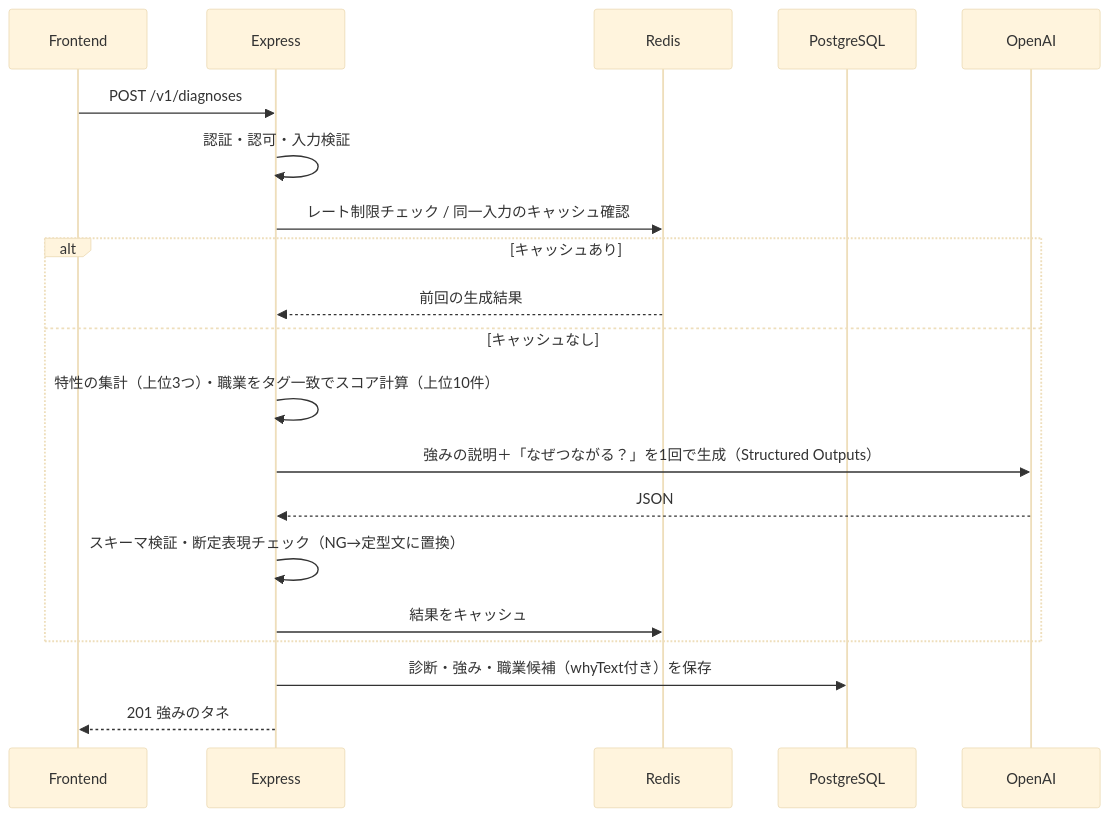
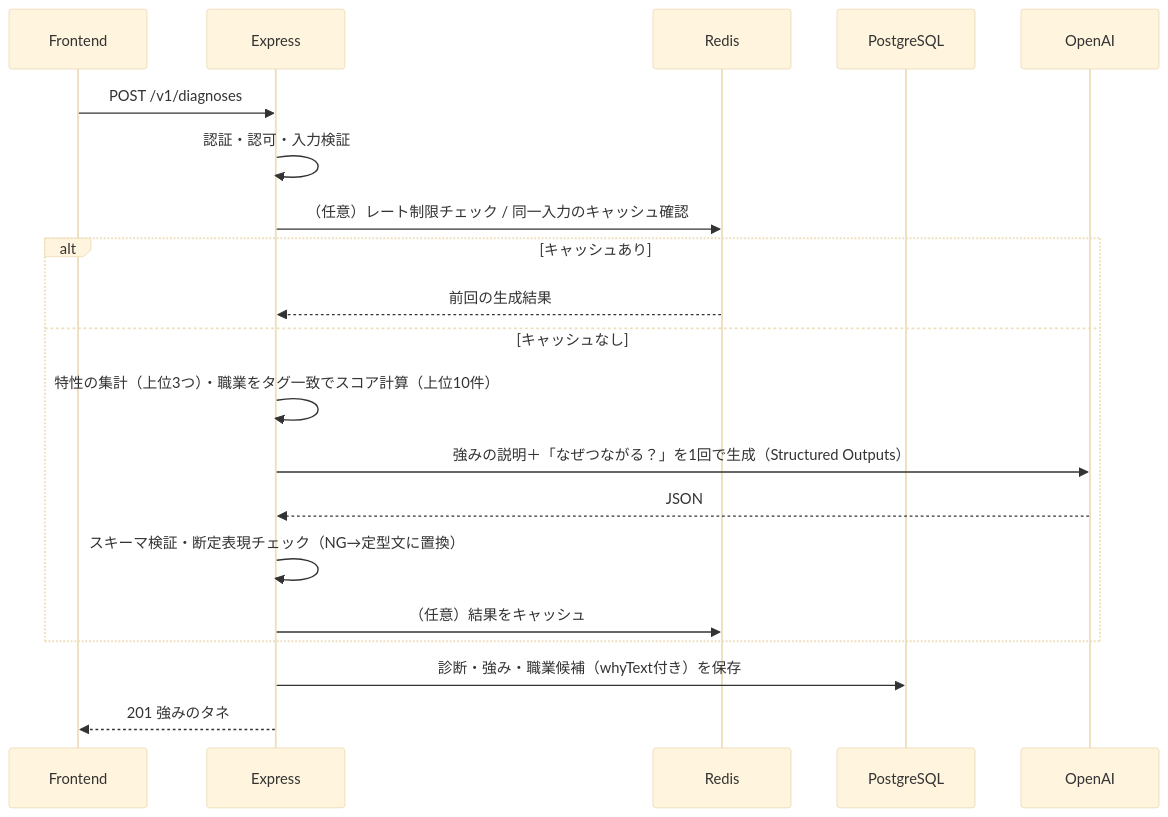
Before and after one commit to AkikoFujikawa/shigoto-mikke: the diagram in docs/plan/API設計.md, drawn with Mermaid (base theme). The commit also changed other lines of this file and 1 other file, not shown here.

Commit message:
docs: Redisの診断キャッシュ・レート制限を任意と明記し、履歴の表現を修正
Refs #14

````diff
--- a/docs/plan/API設計.md
+++ b/docs/plan/API設計.md
@@ -225,22 +225,22 @@
 ```mermaid
 sequenceDiagram
   participant F as Frontend
   participant A as Express
   participant R as Redis
   participant D as PostgreSQL
   participant O as OpenAI
   F->>A: POST /v1/diagnoses
   A->>A: 認証・認可・入力検証
-  A->>R: レート制限チェック / 同一入力のキャッシュ確認
+  A->>R: （任意）レート制限チェック / 同一入力のキャッシュ確認
   alt キャッシュあり
     R-->>A: 前回の生成結果
   else キャッシュなし
     A->>A: 特性の集計（上位3つ）・職業をタグ一致でスコア計算（上位10件）
     A->>O: 強みの説明＋「なぜつながる？」を1回で生成（Structured Outputs）
     O-->>A: JSON
     A->>A: スキーマ検証・断定表現チェック（NG→定型文に置換）
-    A->>R: 結果をキャッシュ
+    A->>R: （任意）結果をキャッシュ
   end
   A->>D: 診断・強み・職業候補（whyText付き）を保存
   A-->>F: 201 強みのタネ
 ```
````
